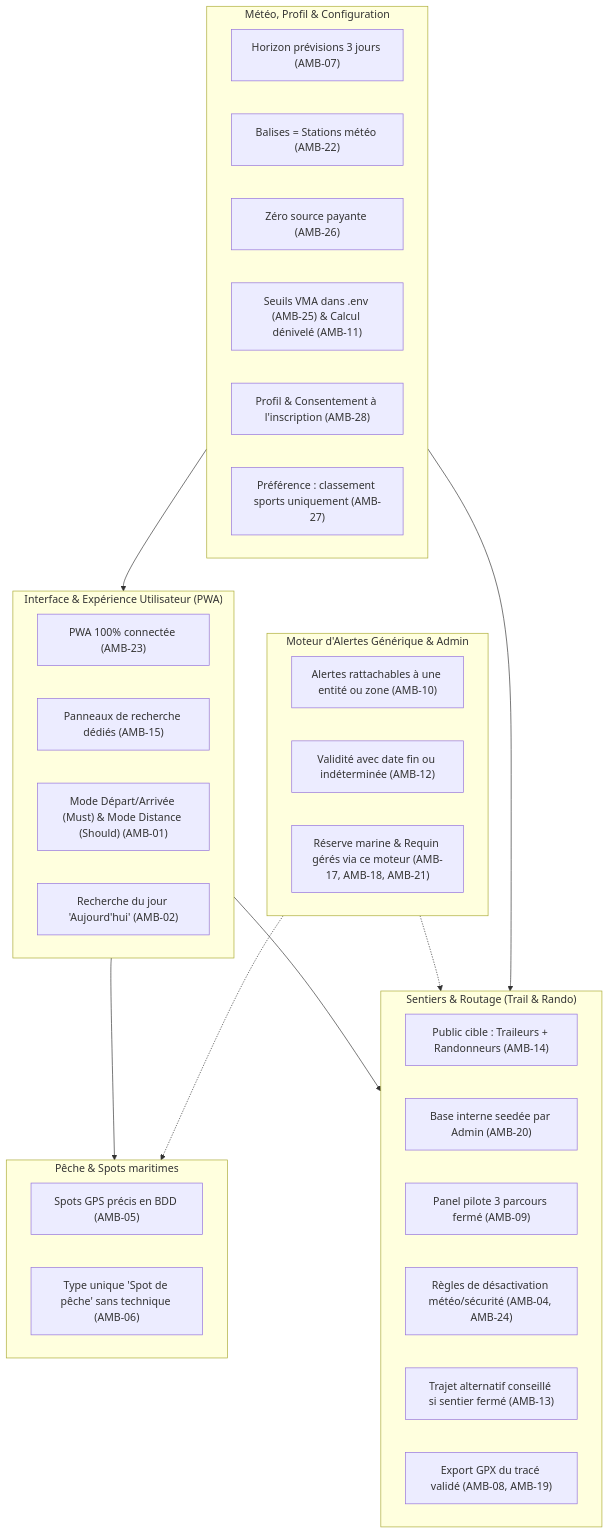
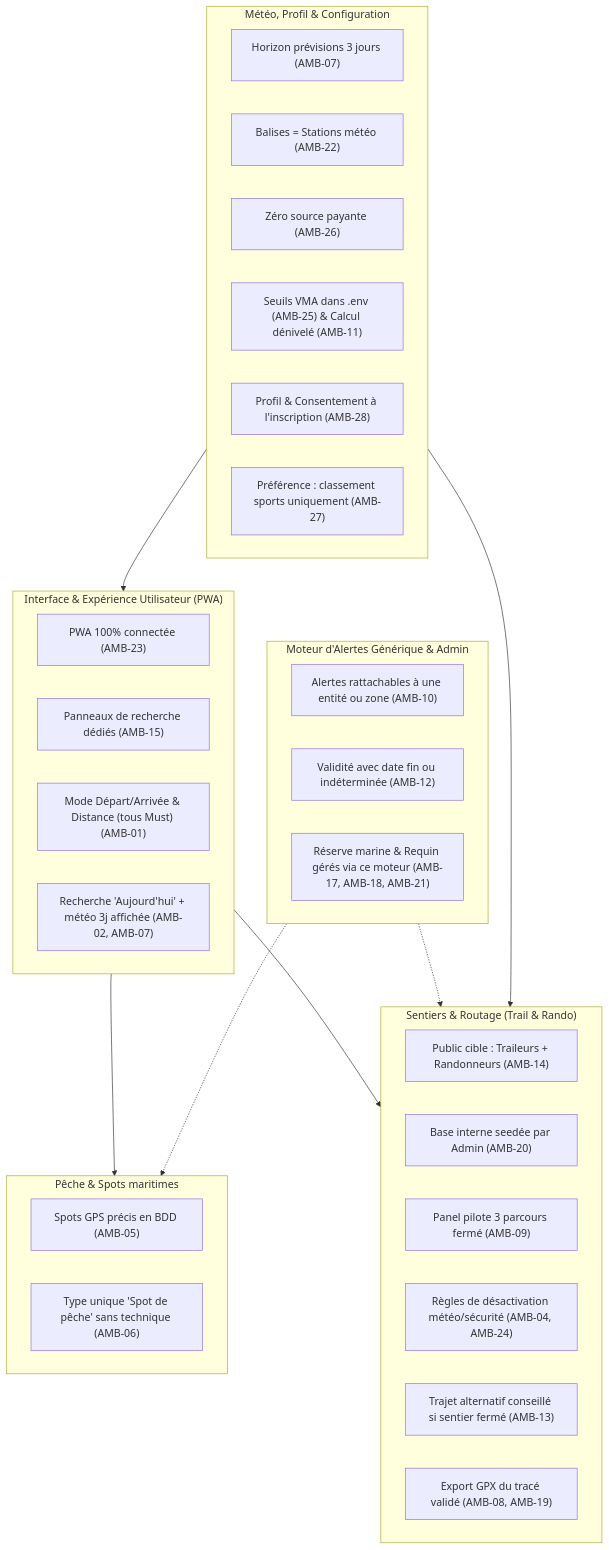
Before and after one commit to MyTHOMASTHOMAS/MeteoSport: the diagram in collab/TiBenoit/tableau-reponses-ambiguites-cdc-11.2.md, drawn with Mermaid. The commit also changed other lines of this file and 2 other files, not shown here.

First line of the commit message:
docs(collab): aligner AMB/INC/ZO sur l'arbitrage équipe du 24/11

````diff
--- a/collab/TiBenoit/tableau-reponses-ambiguites-cdc-11.2.md
+++ b/collab/TiBenoit/tableau-reponses-ambiguites-cdc-11.2.md
@@ -72,45 +84,45 @@
 ```mermaid
 flowchart TD
     subgraph UI_UX["Interface & Expérience Utilisateur (PWA)"]
         A["PWA 100% connectée (AMB-23)"]
         B["Panneaux de recherche dédiés (AMB-15)"]
-        C["Mode Départ/Arrivée (Must) & Mode Distance (Should) (AMB-01)"]
-        D["Recherche du jour 'Aujourd'hui' (AMB-02)"]
+        C["Mode Départ/Arrivée & Distance (tous Must) (AMB-01)"]
+        D["Recherche 'Aujourd'hui' + météo 3j affichée (AMB-02, AMB-07)"]
     end
 
     subgraph TRAILS["Sentiers & Routage (Trail & Rando)"]
         E["Public cible : Traileurs + Randonneurs (AMB-14)"]
         F["Base interne seedée par Admin (AMB-20)"]
         G["Panel pilote 3 parcours fermé (AMB-09)"]
         H["Règles de désactivation météo/sécurité (AMB-04, AMB-24)"]
         I["Trajet alternatif conseillé si sentier fermé (AMB-13)"]
         J["Export GPX du tracé validé (AMB-08, AMB-19)"]
     end
 
     subgraph FISHING["Pêche & Spots maritimes"]
         K["Spots GPS précis en BDD (AMB-05)"]
         L["Type unique 'Spot de pêche' sans technique (AMB-06)"]
     end
 
     subgraph ALERTS_ADMIN["Moteur d'Alertes Générique & Admin"]
         M["Alertes rattachables à une entité ou zone (AMB-10)"]
         N["Validité avec date fin ou indéterminée (AMB-12)"]
         O["Réserve marine & Requin gérés via ce moteur (AMB-17, AMB-18, AMB-21)"]
     end
 
     subgraph PROFIL_METEO["Météo, Profil & Configuration"]
         P["Horizon prévisions 3 jours (AMB-07)"]
         Q["Balises = Stations météo (AMB-22)"]
         R["Zéro source payante (AMB-26)"]
         S["Seuils VMA dans .env (AMB-25) & Calcul dénivelé (AMB-11)"]
         T["Profil & Consentement à l'inscription (AMB-28)"]
         U["Préférence : classement sports uniquement (AMB-27)"]
     end
 
     UI_UX --> TRAILS
     UI_UX --> FISHING
     ALERTS_ADMIN -.-> TRAILS
     ALERTS_ADMIN -.-> FISHING
     PROFIL_METEO --> UI_UX
     PROFIL_METEO --> TRAILS
 ```
````
